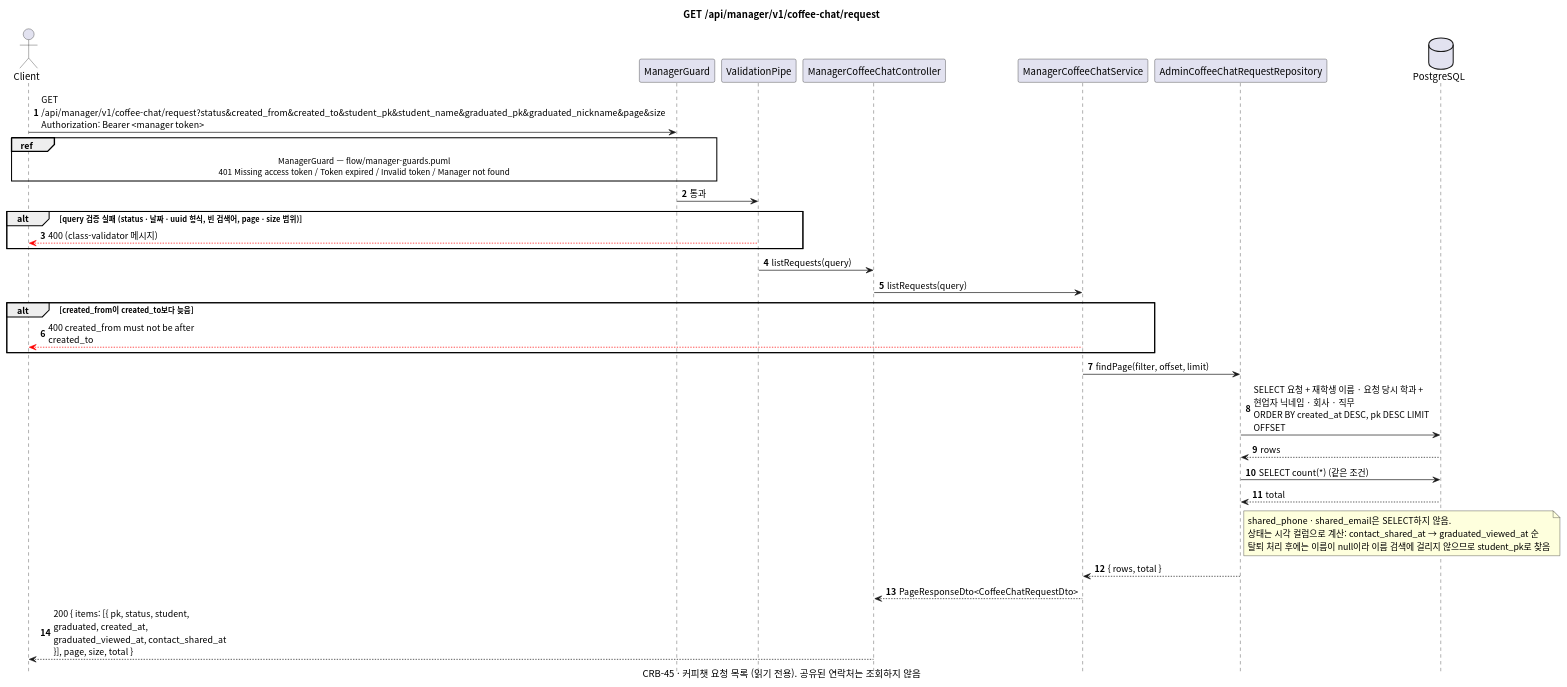
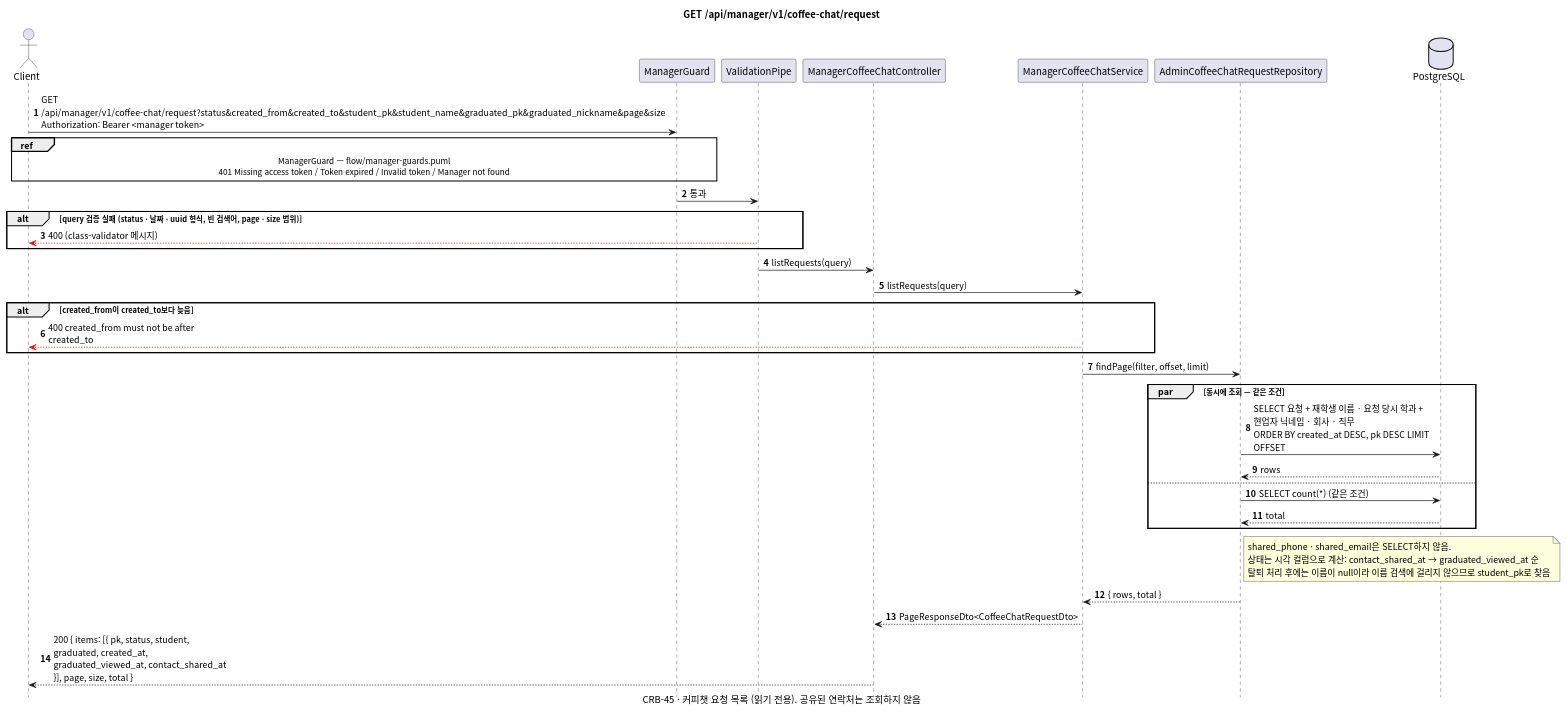
One commit to gsainfoteam/cheers-be changed the diagram in docs/sequence/manager/get-coffee-chat-request.puml. Above: the diagram before and after it, drawn with PlantUML. The commit also changed 28 other files, not shown here.

Commit message:
- docs: align sequence diagrams with code (CRB-63)

```diff
--- a/docs/sequence/manager/get-coffee-chat-request.puml
+++ b/docs/sequence/manager/get-coffee-chat-request.puml
@@ -1,47 +1,50 @@
 @startuml get-manager-coffee-chat-request
 skinparam defaultFontName "Apple SD Gothic Neo", "Noto Sans CJK KR", sans-serif
 skinparam responseMessageBelowArrow true
 skinparam sequenceMessageAlign left
 skinparam maxMessageSize 260
 skinparam BoxPadding 8
 skinparam shadowing false
 autonumber
 hide footbox
 
 title GET /api/manager/v1/coffee-chat/request
 caption CRB-45 · 커피챗 요청 목록 (읽기 전용). 공유된 연락처는 조회하지 않음
 
 actor Client
 participant "ManagerGuard" as Guard
 participant "ValidationPipe" as Pipe
 participant "ManagerCoffeeChatController" as Controller
 participant "ManagerCoffeeChatService" as Service
 participant "AdminCoffeeChatRequestRepository" as RequestRepository
 database PostgreSQL
 
 Client -> Guard: GET /api/manager/v1/coffee-chat/request?status&created_from&created_to&student_pk&student_name&graduated_pk&graduated_nickname&page&size\nAuthorization: Bearer <manager token>
 ref over Client, Guard: ManagerGuard — flow/manager-guards.puml\n401 Missing access token / Token expired / Invalid token / Manager not found
 Guard -> Pipe: 통과
 alt query 검증 실패 (status · 날짜 · uuid 형식, 빈 검색어, page · size 범위)
   Pipe -[#red]-> Client: 400 (class-validator 메시지)
 end
 Pipe -> Controller: listRequests(query)
 Controller -> Service: listRequests(query)
 alt created_from이 created_to보다 늦음
   Service -[#red]-> Client: 400 created_from must not be after created_to
 end
 Service -> RequestRepository: findPage(filter, offset, limit)
-RequestRepository -> PostgreSQL: SELECT 요청 + 재학생 이름 · 요청 당시 학과 + 현업자 닉네임 · 회사 · 직무\nORDER BY created_at DESC, pk DESC LIMIT OFFSET
-PostgreSQL --> RequestRepository: rows
-RequestRepository -> PostgreSQL: SELECT count(*) (같은 조건)
-PostgreSQL --> RequestRepository: total
+par 동시에 조회 — 같은 조건
+  RequestRepository -> PostgreSQL: SELECT 요청 + 재학생 이름 · 요청 당시 학과 + 현업자 닉네임 · 회사 · 직무\nORDER BY created_at DESC, pk DESC LIMIT OFFSET
+  PostgreSQL --> RequestRepository: rows
+else
+  RequestRepository -> PostgreSQL: SELECT count(*) (같은 조건)
+  PostgreSQL --> RequestRepository: total
+end
 note right of RequestRepository
   shared_phone · shared_email은 SELECT하지 않음.
   상태는 시각 컬럼으로 계산: contact_shared_at → graduated_viewed_at 순
   탈퇴 처리 후에는 이름이 null이라 이름 검색에 걸리지 않으므로 student_pk로 찾음
 end note
 RequestRepository --> Service: { rows, total }
 Service --> Controller: PageResponseDto<CoffeeChatRequestDto>
 Controller --> Client: 200 { items: [{ pk, status, student, graduated, created_at, graduated_viewed_at, contact_shared_at }], page, size, total }
 
 @enduml
```
